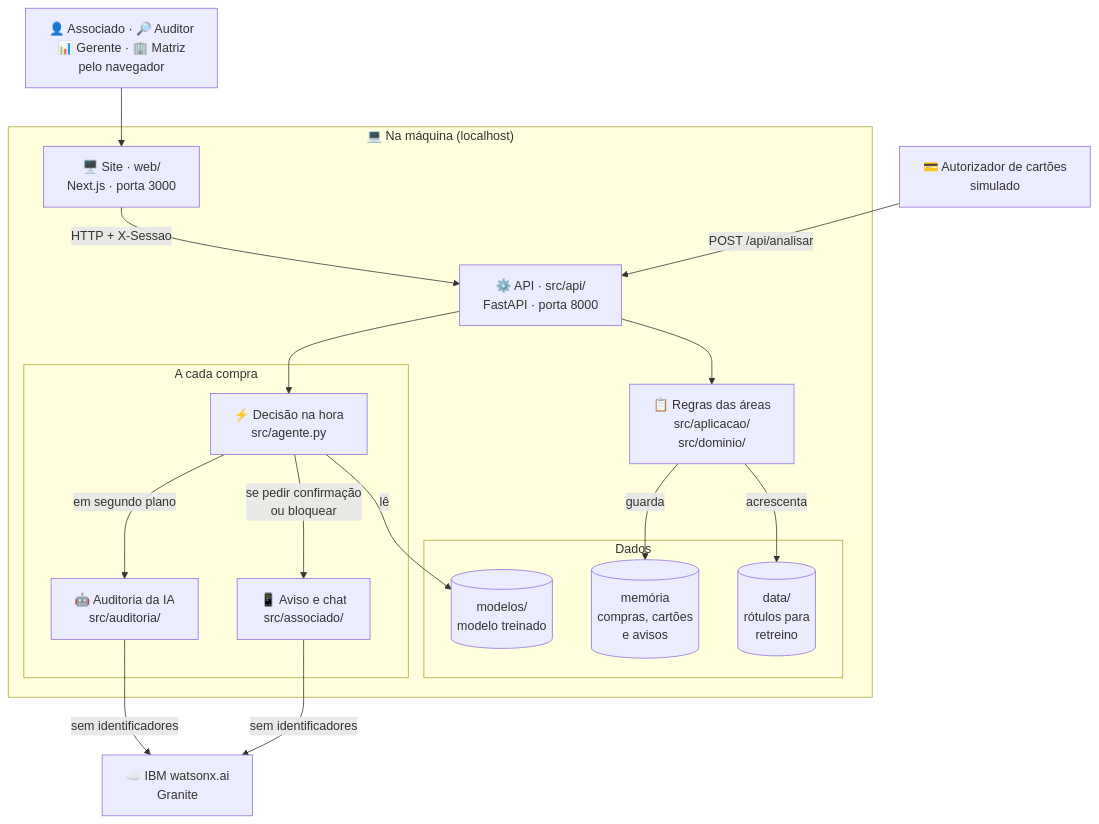
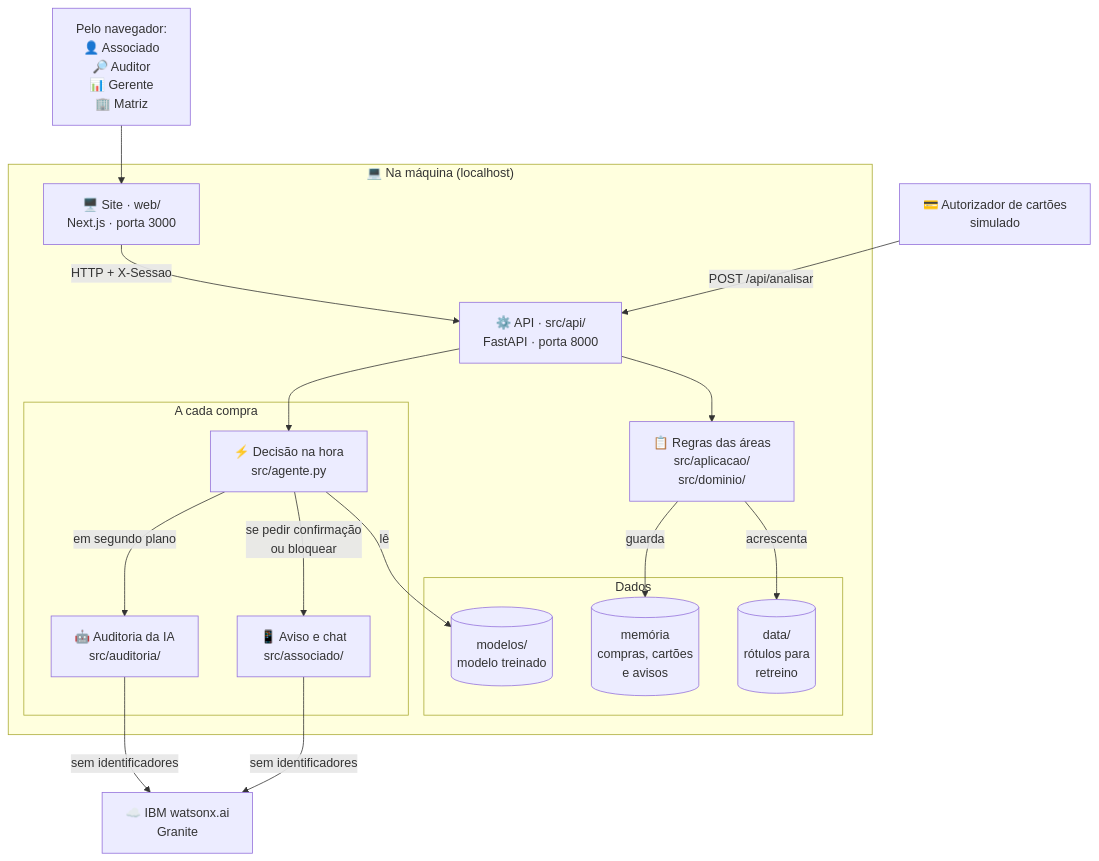
One commit to PedroMLegnaghi/Sentinela_IBM_SkillsBuildAILab_Sicredi_challenge changed the third of 15 diagrams in README.md. Above: the diagram before and after it, drawn with Mermaid.

Commit message:
docs: uma pessoa por linha no diagrama de contêineres

````diff
--- a/README.md
+++ b/README.md
@@ -139,36 +139,36 @@
 ```mermaid
 flowchart TB
-    PES["👤 Associado · 🔎 Auditor<br/>📊 Gerente · 🏢 Matriz<br/>pelo navegador"]
+    PES["Pelo navegador:<br/>👤 Associado<br/>🔎 Auditor<br/>📊 Gerente<br/>🏢 Matriz"]
     AUT["💳 Autorizador de cartões<br/>simulado"]
 
     subgraph Local["💻 Na máquina (localhost)"]
         SITE["🖥️ Site · web/<br/>Next.js · porta 3000"]
         API["⚙️ API · src/api/<br/>FastAPI · porta 8000"]
         subgraph Compra["A cada compra"]
             NUC["⚡ Decisão na hora<br/>src/agente.py"]
             AUDI["🤖 Auditoria da IA<br/>src/auditoria/"]
             CAN["📱 Aviso e chat<br/>src/associado/"]
         end
         REG["📋 Regras das áreas<br/>src/aplicacao/<br/>src/dominio/"]
         subgraph Dados["Dados"]
             MOD[("modelos/<br/>modelo treinado")]
             MEM[("memória<br/>compras, cartões<br/>e avisos")]
             ROT[("data/<br/>rótulos para<br/>retreino")]
         end
     end
 
     WX["☁️ IBM watsonx.ai<br/>Granite"]
 
     PES --> SITE
     SITE -->|"HTTP + X-Sessao"| API
     AUT -->|"POST /api/analisar"| API
     API --> NUC
     NUC -->|"em segundo plano"| AUDI
     NUC -->|"se pedir confirmação<br/>ou bloquear"| CAN
     API --> REG
     NUC -->|lê| MOD
     REG -->|guarda| MEM
     REG -->|acrescenta| ROT
     AUDI -->|"sem identificadores"| WX
     CAN -->|"sem identificadores"| WX
 ```
````
